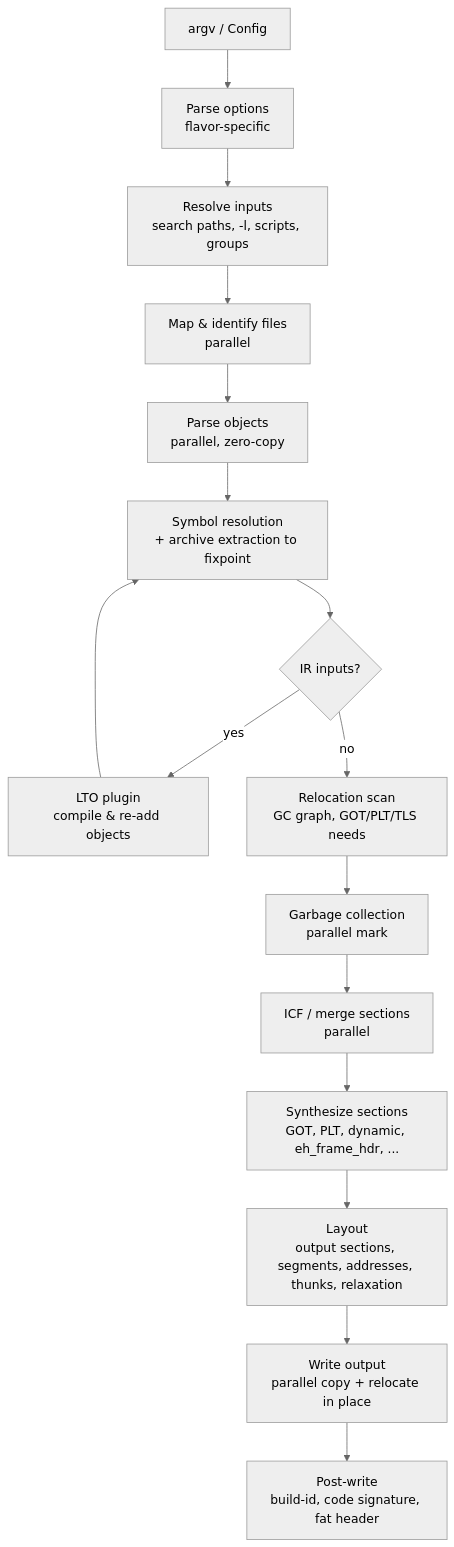
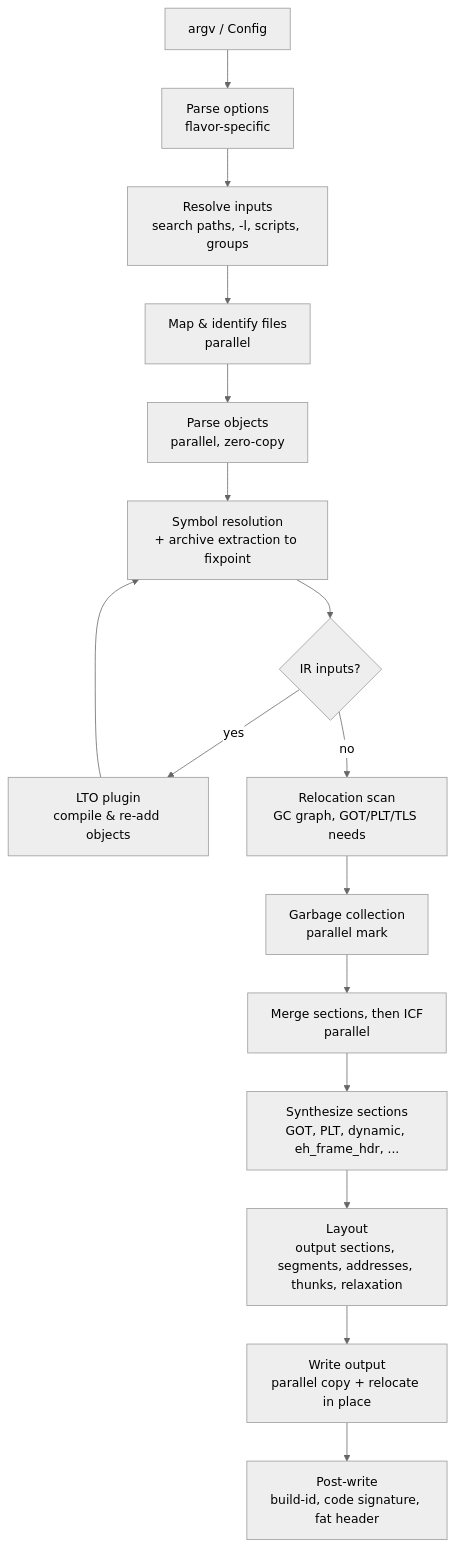
The diagram in docs/architecture.md (KarpelesLab/qld), drawn with Mermaid (neutral theme) before and after one commit. The commit also changed other lines of this file and 2 other files, not shown here.

Commit message:
docs: merge before ICF, split pieces at parse time; track integration follow-ups

````diff
--- a/docs/architecture.md
+++ b/docs/architecture.md
@@ -43,17 +43,17 @@
 ```mermaid
 flowchart TD
     A[argv / Config] --> B[Parse options<br/>flavor-specific]
     B --> C[Resolve inputs<br/>search paths, -l, scripts, groups]
     C --> D[Map & identify files<br/>parallel]
     D --> E[Parse objects<br/>parallel, zero-copy]
     E --> F[Symbol resolution<br/>+ archive extraction to fixpoint]
     F --> LTO{IR inputs?}
     LTO -- yes --> P[LTO plugin<br/>compile & re-add objects] --> F
     LTO -- no --> G[Relocation scan<br/>GC graph, GOT/PLT/TLS needs]
     G --> H[Garbage collection<br/>parallel mark]
-    H --> I[ICF / merge sections<br/>parallel]
+    H --> I[Merge sections, then ICF<br/>parallel]
     I --> J[Synthesize sections<br/>GOT, PLT, dynamic, eh_frame_hdr, ...]
     J --> K[Layout<br/>output sections, segments, addresses, thunks, relaxation]
     K --> L[Write output<br/>parallel copy + relocate in place]
     L --> M[Post-write<br/>build-id, code signature, fat header]
 ```
````
